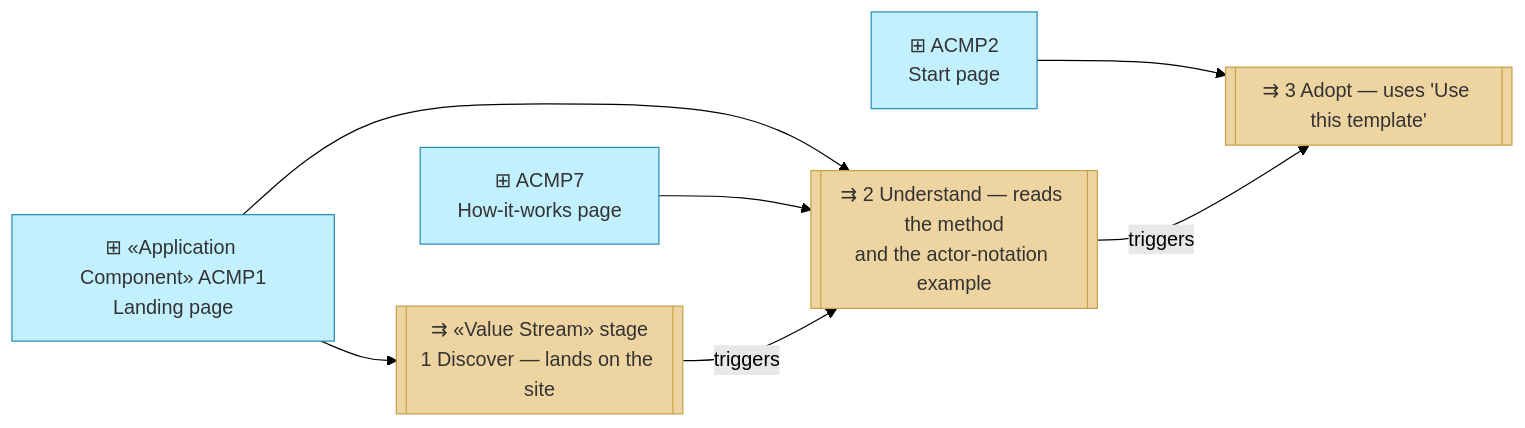
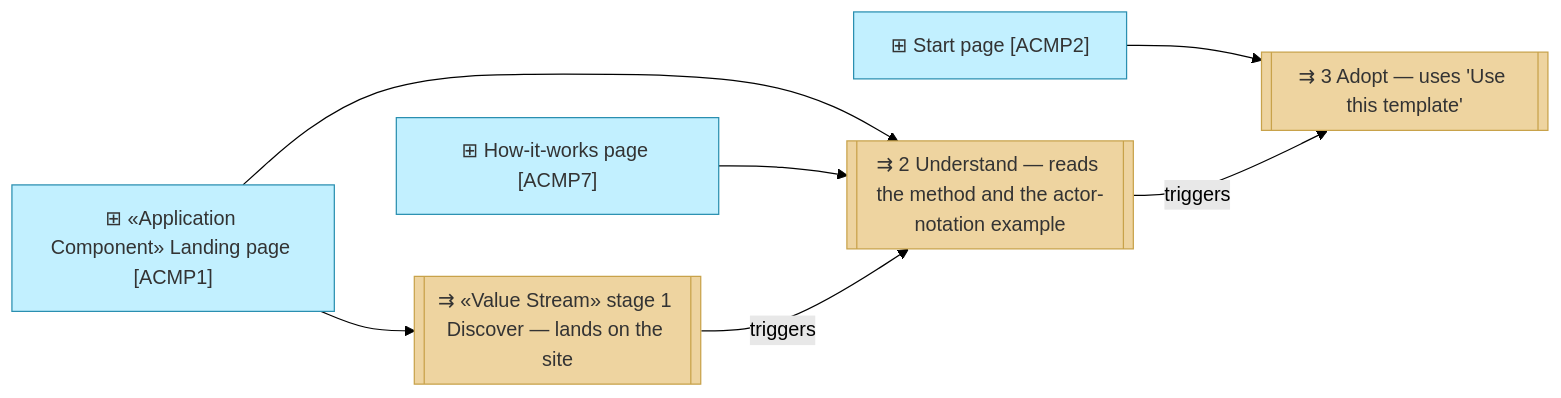
Before and after one commit to roanboc/architecture-archreator: the second of 2 diagrams in product-archreator/site/architecture/1_strategy/3_value-stream.md, drawn with Mermaid (forest theme). The commit also changed other lines of this file and 38 other files, not shown here.

````diff
--- a/product-archreator/site/architecture/1_strategy/3_value-stream.md
+++ b/product-archreator/site/architecture/1_strategy/3_value-stream.md
@@ -31,21 +31,21 @@
 ```mermaid
 flowchart LR
-  s1[["⇉ «Value Stream» stage<br>1 Discover — lands on the site"]]:::stage
-  s2[["⇉ 2 Understand — reads the method<br>and the actor-notation example"]]:::stage
+  s1[["⇉ «Value Stream» stage 1 Discover — lands on the site"]]:::stage
+  s2[["⇉ 2 Understand — reads the method and the actor-notation example"]]:::stage
   s3[["⇉ 3 Adopt — uses 'Use this template'"]]:::stage
 
-  acmp1["⊞ «Application Component» ACMP1<br>Landing page"]:::component
-  acmp7["⊞ ACMP7<br>How-it-works page"]:::component
-  acmp2["⊞ ACMP2<br>Start page"]:::component
+  acmp1["⊞ «Application Component» Landing page [ACMP1]"]:::component
+  acmp7["⊞ How-it-works page [ACMP7]"]:::component
+  acmp2["⊞ Start page [ACMP2]"]:::component
 
   acmp1 --> s1
   acmp1 --> s2
   acmp7 --> s2
   acmp2 --> s3
 
   s1 -->|triggers| s2
   s2 -->|triggers| s3
 
   classDef stage fill:#eed4a0,stroke:#c8a24a,color:#333
   classDef component fill:#c2f0ff,stroke:#2a8fb0,color:#333
 ```
````
